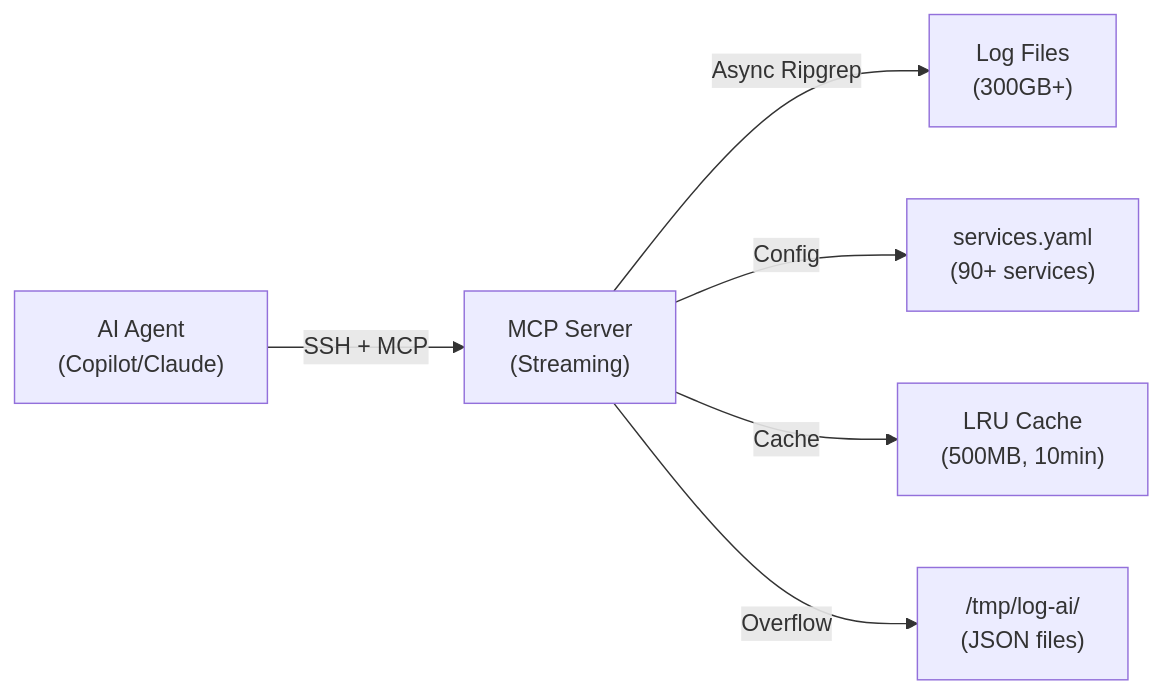
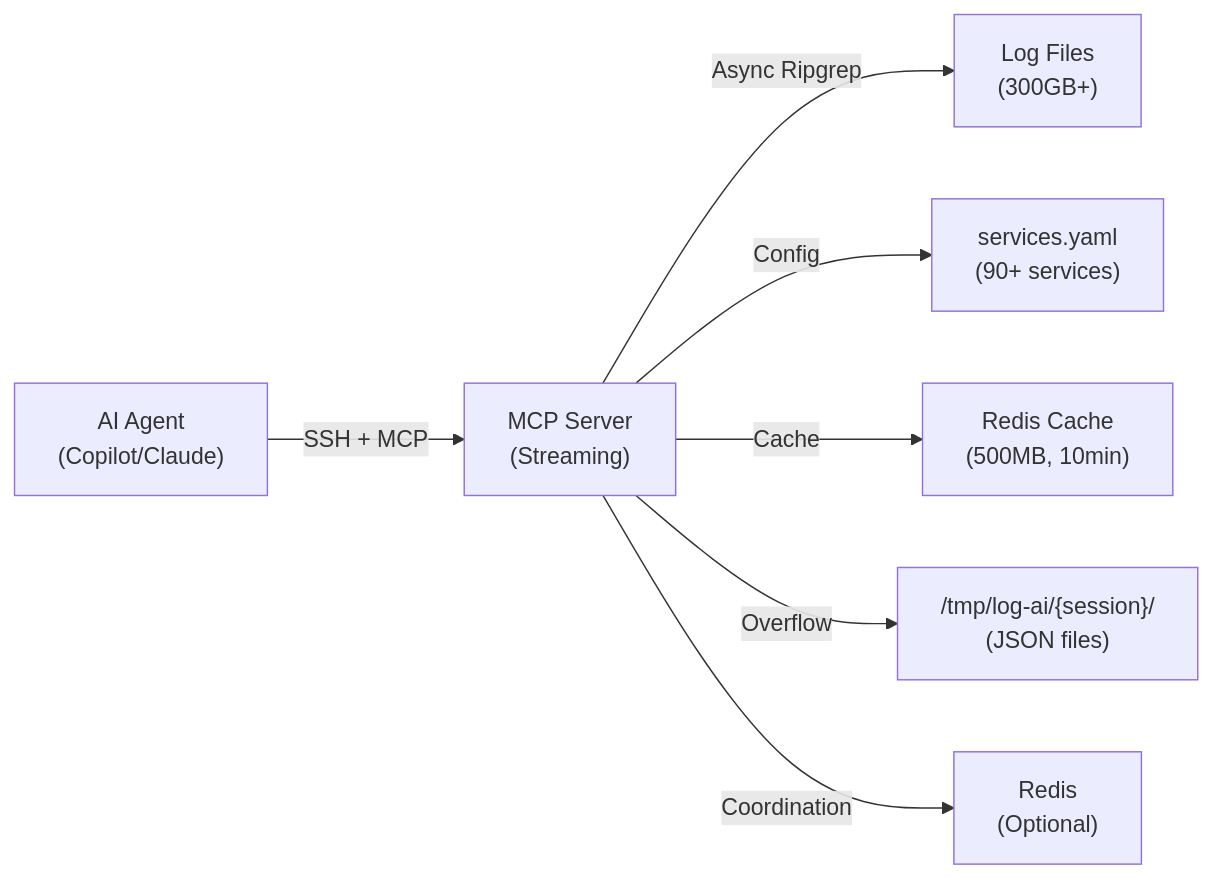
The diagram in README.md (elis-salobehaj/log-ai), drawn with Mermaid before and after one commit. The commit also changed other lines of this file and 20 other files, not shown here.

First line of the commit message:
feat: Phase 1 - Redis coordination, config refactoring, and surgical precision search

````diff
--- a/README.md
+++ b/README.md
@@ -9,8 +13,9 @@
 ```mermaid
 graph LR
     Agent["AI Agent<br/>(Copilot/Claude)"] -- SSH + MCP --> MCP["MCP Server<br/>(Streaming)"]
     MCP -- Async Ripgrep --> Logs["Log Files<br/>(300GB+)"]
     MCP -- Config --> Rules["services.yaml<br/>(90+ services)"]
-    MCP -- Cache --> Cache["LRU Cache<br/>(500MB, 10min)"]
-    MCP -- Overflow --> Files["/tmp/log-ai/<br/>(JSON files)"]
+    MCP -- Cache --> Cache["Redis Cache<br/>(500MB, 10min)"]
+    MCP -- Overflow --> Files["/tmp/log-ai/{session}/<br/>(JSON files)"]
+    MCP -- Coordination --> Redis["Redis<br/>(Optional)"]
 ```
````
